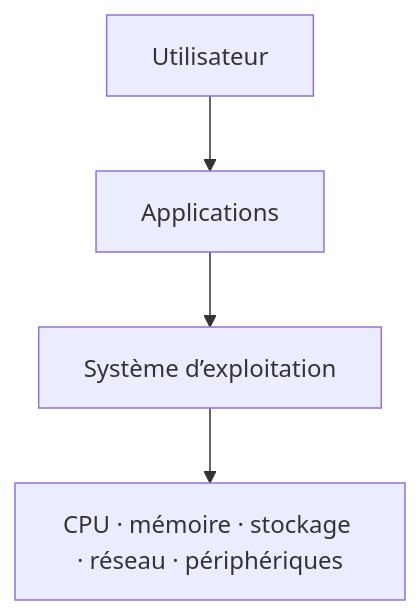
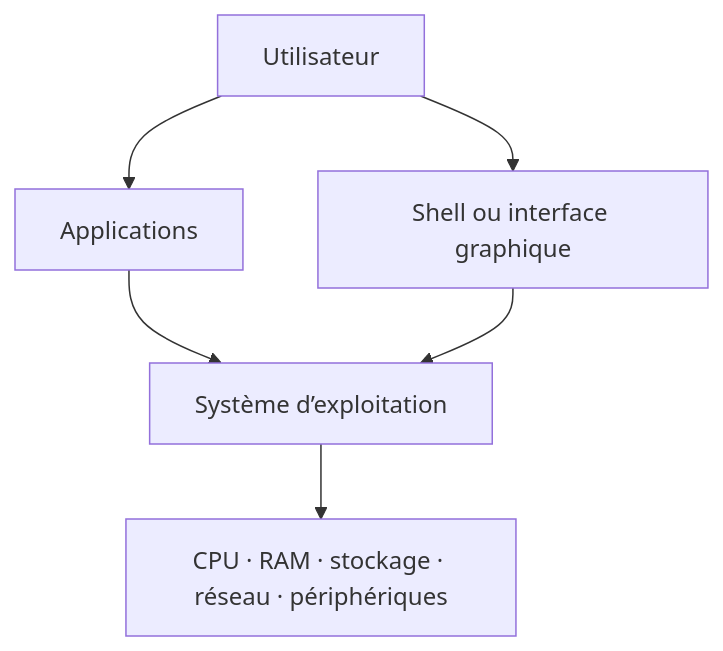
The diagram in docs/modules/02-systemes-clients-microsoft/module-01-les-systemes-d-exploitation-et-microsoft-windows-10.md (sk34pk25/tssr-cours), drawn with Mermaid before and after one commit. The commit also changed other lines of this file and 258 other files, not shown here.

````diff
--- a/docs/modules/02-systemes-clients-microsoft/module-01-les-systemes-d-exploitation-et-microsoft-windows-10.md
+++ b/docs/modules/02-systemes-clients-microsoft/module-01-les-systemes-d-exploitation-et-microsoft-windows-10.md
@@ -21,6 +18,8 @@
 ```mermaid
 flowchart TD
     U[Utilisateur] --> A[Applications]
+    U --> S[Shell ou interface graphique]
     A --> O[Système d’exploitation]
-    O --> H[CPU · mémoire · stockage · réseau · périphériques]
+    S --> O
+    O --> H[CPU · RAM · stockage · réseau · périphériques]
 ```
````
